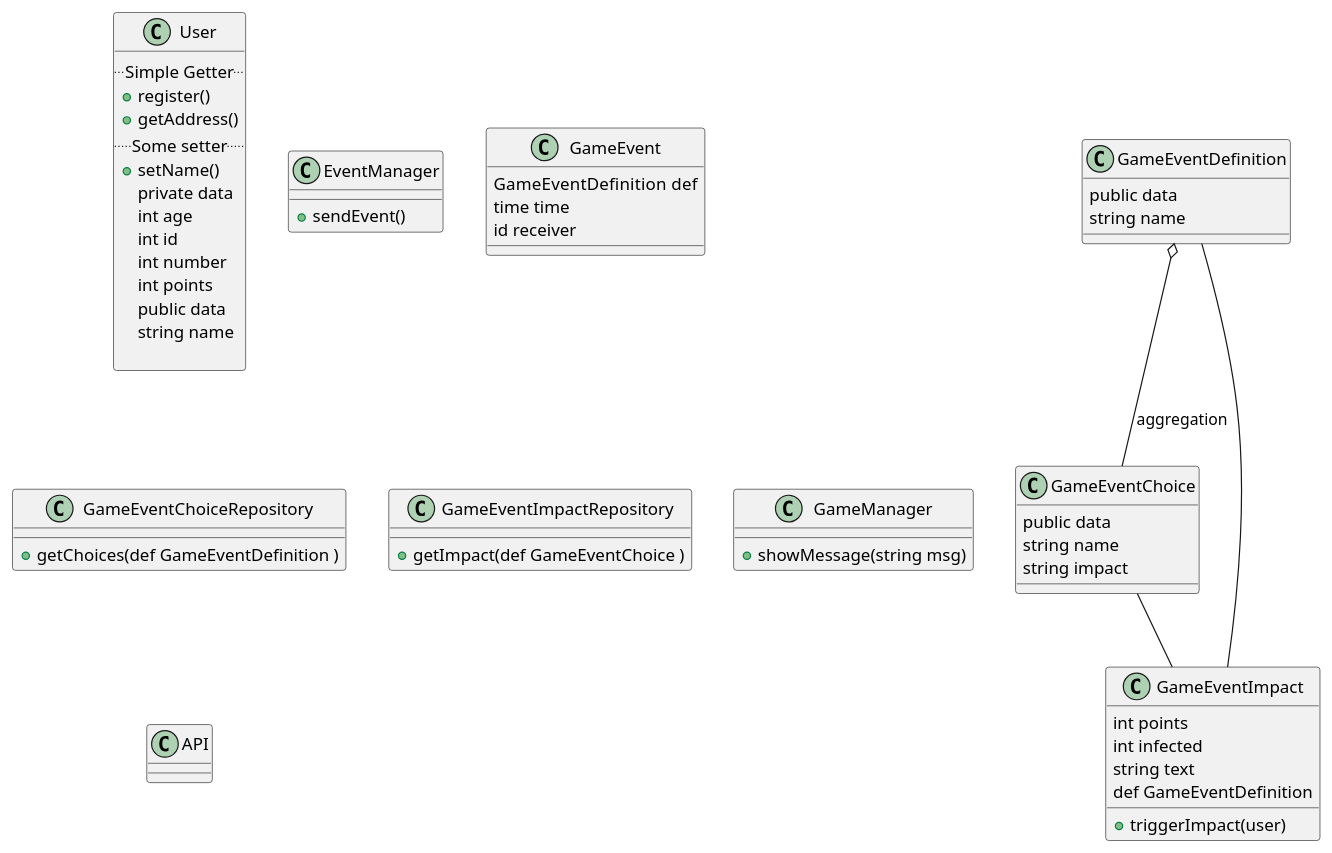
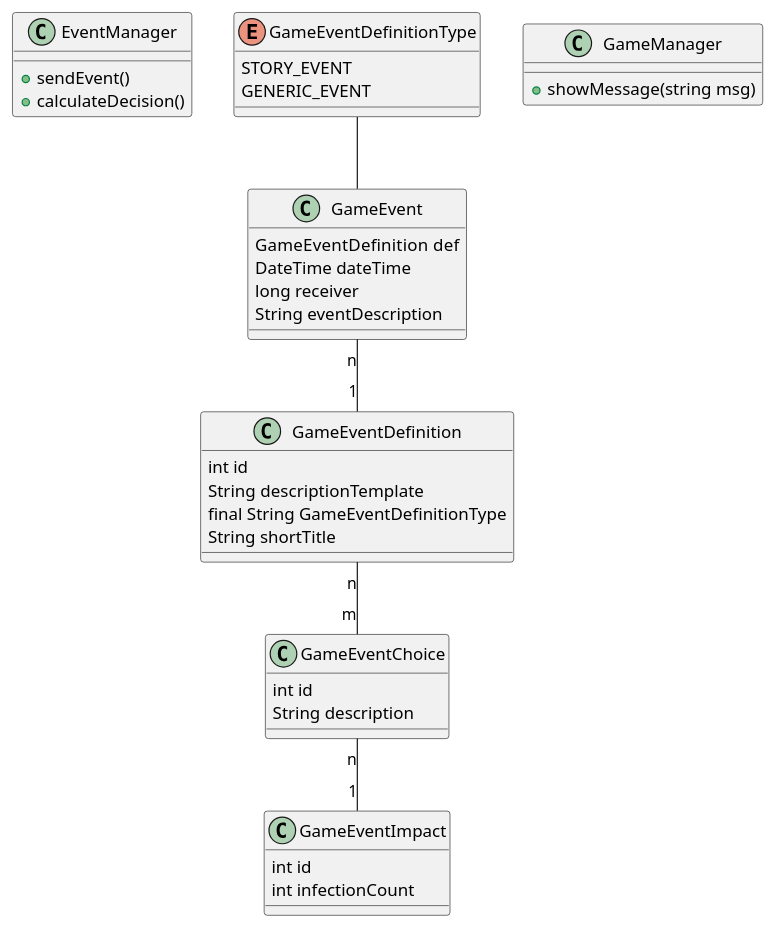
Before and after one commit to Walnussbaer/SurvCovid: the diagram in design/class_diagrams/class_diagram.puml, drawn with PlantUML. The commit also changed 7 other files, not shown here.

```diff
--- a/design/class_diagrams/class_diagram.puml
+++ b/design/class_diagrams/class_diagram.puml
@@ -1,71 +1,79 @@
 @startuml
-class User {
+
+class EventManager {
++ sendEvent()
++ calculateDecision()
+}
+
+class GameEvent {
+GameEventDefinition  def
+DateTime dateTime
+long receiver
+String eventDescription
+}
+
+class GameEventDefinition {
+int id
+String descriptionTemplate
+final String GameEventDefinitionType
+String shortTitle
+}
+
+
+class GameEventChoice {
+int id
+String description
+
+}
+
+class GameEventImpact {
+int id
+int infectionCount
+}
+
+enum GameEventDefinitionType {
+
+STORY_EVENT
+GENERIC_EVENT
+
+}
+
+class GameManager {
++showMessage(string msg)
+}
+
+/'
+class GameEventChoiceRepository {
++getChoices(def GameEventDefinition )
+
+} '/
+
+/'class GameEventImpactRepository {
++getImpact(def GameEventChoice )
+
+} '/
+
+/'class User {
   .. Simple Getter ..
   + register()
   + getAddress()
   .. Some setter ..
   + setName()
    private data 
   int age
   int id
   int number
   int points
   public data 
   string name
 
-}
-
-class EventManager {
-+ sendEvent()
-}
-
-class GameEvent {
-GameEventDefinition  def
-time time
-id receiver
-}
-
-class GameEventDefinition {
-public data 
-  string name
-}
+} '/
 
 
-class GameEventChoice {
-public data 
-  string name
-  string impact
-}
+GameEventDefinition "n" -- "m" GameEventChoice 
+GameEvent "n"-- "1" GameEventDefinition
+GameEventChoice "n" -- "1" GameEventImpact
 
+GameEventDefinitionType -- GameEvent
 
-class GameEventChoiceRepository {
-+getChoices(def GameEventDefinition )
-
-}
-
-class GameEventImpactRepository {
-+getImpact(def GameEventChoice )
-
-}
-
-class GameEventImpact {
-  int points
-  int infected
-  string text
-  def GameEventDefinition
-  +triggerImpact(user)
-}
-
-class GameManager {
-+showMessage(string msg)
-}
-
-class API{
-
-}
-
-GameEventDefinition -- GameEventImpact
-GameEventChoice -- GameEventImpact
-
-GameEventDefinition o-- GameEventChoice : aggregation
 @enduml
```
